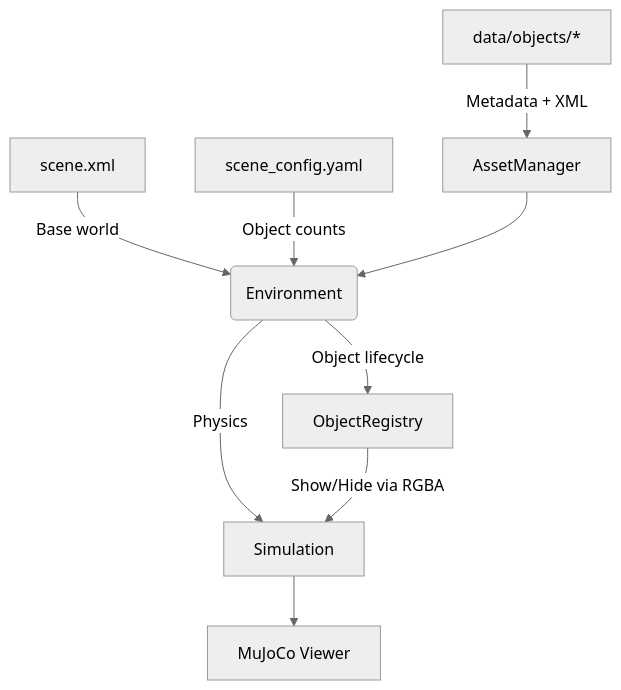
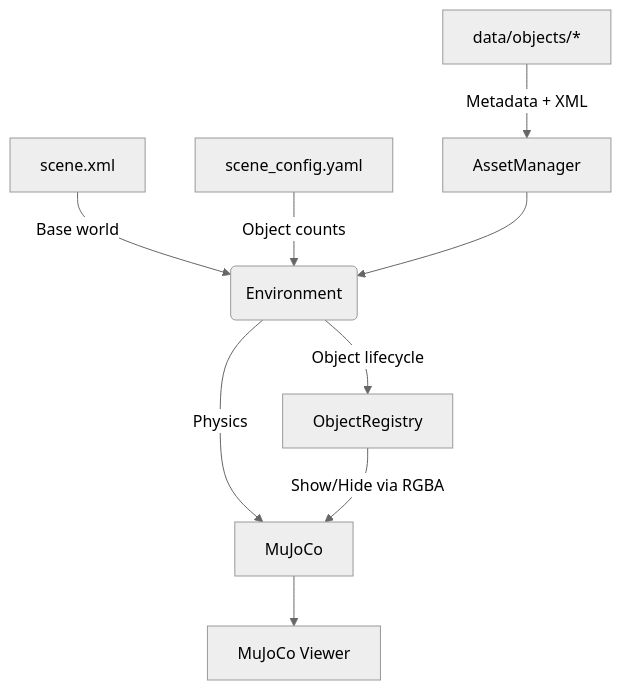
The second of 2 diagrams in README.md (personalrobotics/mj_environment), drawn with Mermaid (neutral theme) before and after one commit. The commit also changed other lines of this file, not shown here.

First line of the commit message:
Update README for Simulation removal

````diff
--- a/README.md
+++ b/README.md
@@ -146,11 +146,11 @@
 ```mermaid
 graph TD
     A[scene.xml] -->|Base world| E(Environment)
     B[scene_config.yaml] -->|Object counts| E
     C[data/objects/*] -->|Metadata + XML| D[AssetManager]
     D --> E
     E -->|Object lifecycle| F[ObjectRegistry]
-    E -->|Physics| G[Simulation]
+    E -->|Physics| G[MuJoCo]
     F -->|Show/Hide via RGBA| G
     G --> H[MuJoCo Viewer]
 ```
````
